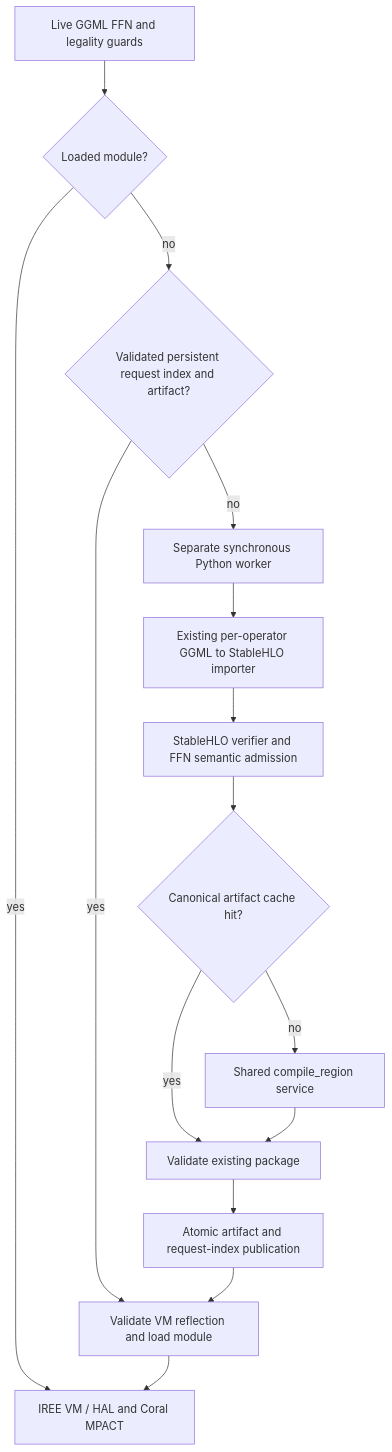
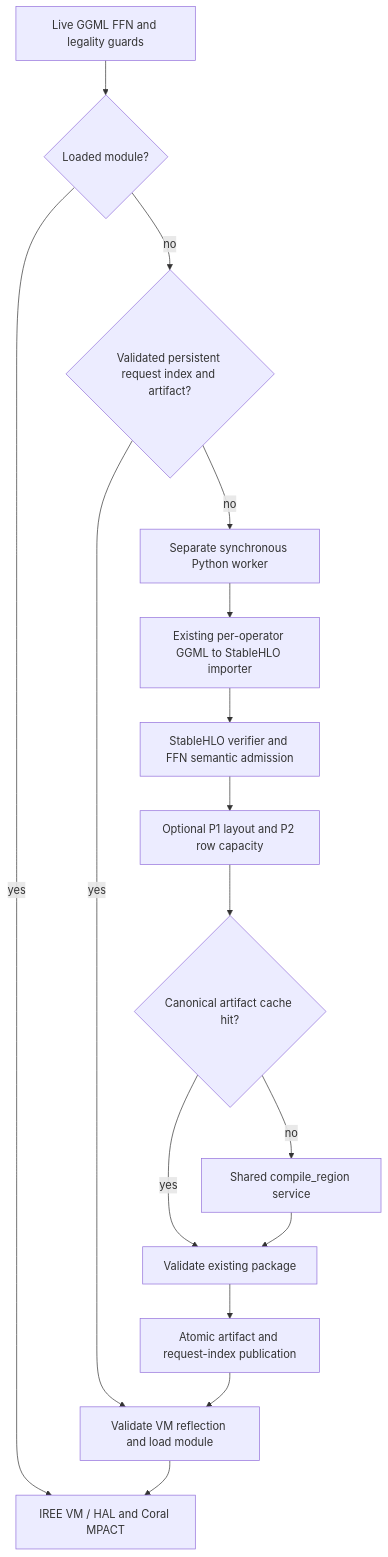
The diagram in docs/m5-jit.md (SidekickLx/llama.cpp-coralnpu), drawn with Mermaid before and after one commit. The commit also changed other lines of this file and 8 other files, not shown here.

```diff
--- a/docs/m5-jit.md
+++ b/docs/m5-jit.md
@@ -67,17 +71,18 @@
 ~~~mermaid
 flowchart TD
     A[Live GGML FFN and legality guards] --> B{Loaded module?}
     B -- yes --> R[IREE VM / HAL and Coral MPACT]
     B -- no --> C{Validated persistent request index and artifact?}
     C -- yes --> L[Validate VM reflection and load module]
     C -- no --> W[Separate synchronous Python worker]
     W --> I[Existing per-operator GGML to StableHLO importer]
     I --> V[StableHLO verifier and FFN semantic admission]
-    V --> K{Canonical artifact cache hit?}
+    V --> O[Optional P1 layout and P2 row capacity]
+    O --> K{Canonical artifact cache hit?}
     K -- yes --> X[Validate existing package]
     K -- no --> P[Shared compile_region service]
     P --> X
     X --> D[Atomic artifact and request-index publication]
     D --> L
     L --> R
 ~~~
```
